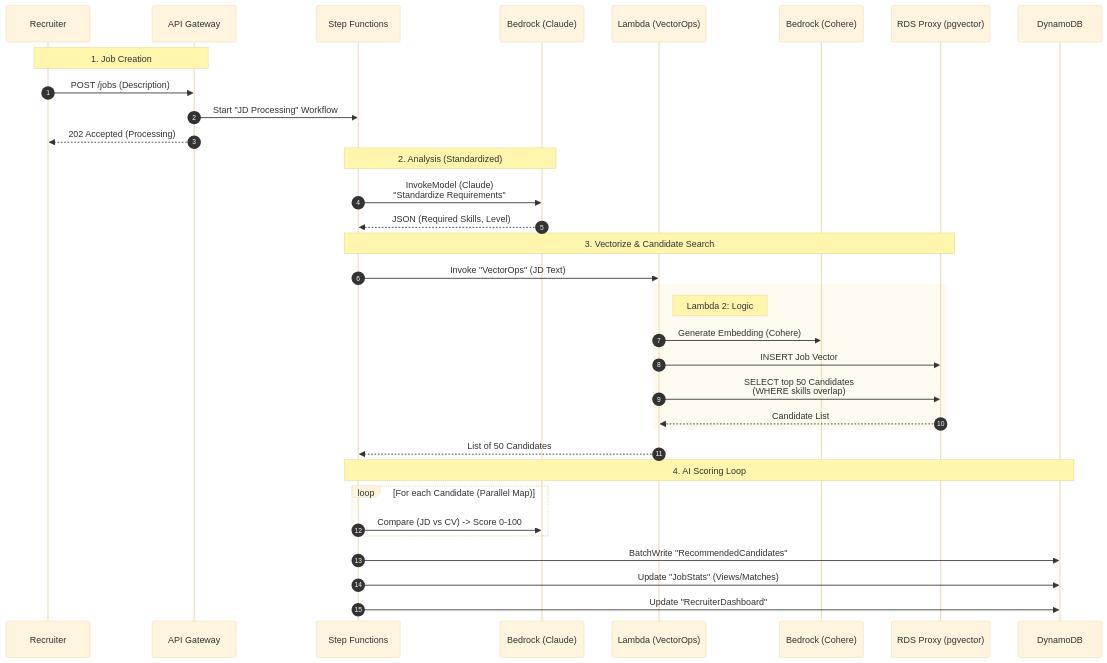
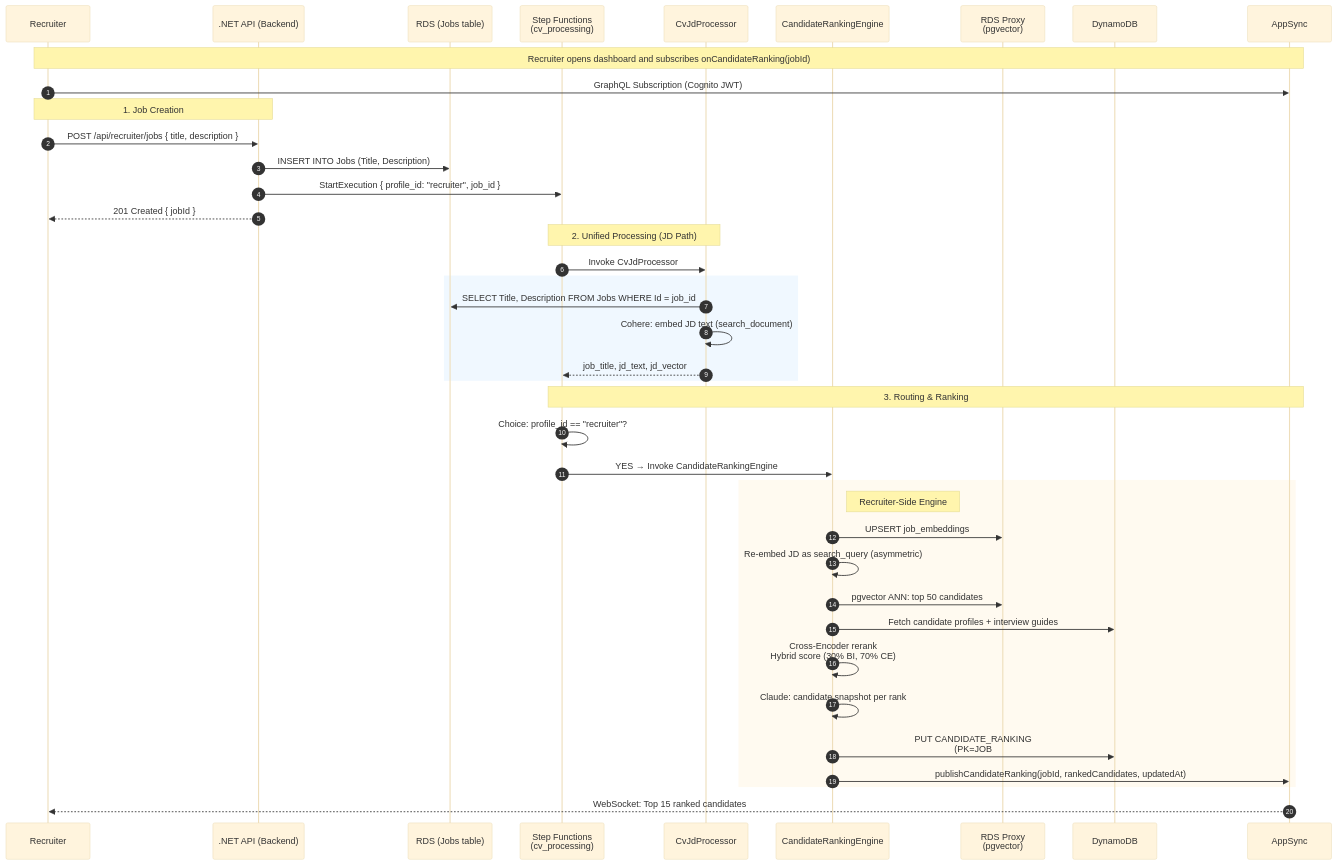
Before and after one commit to justeg4n/SmartHire_AI_Core: the second of 5 diagrams in architecture-smart-matching.md, drawn with Mermaid (base theme). The commit also changed other lines of this file and 7 other files, not shown here.

Commit message:
Update architecture notes, diagrams and README; ignore datasets and secrets

````diff
--- a/architecture-smart-matching.md
+++ b/architecture-smart-matching.md
@@ -69,42 +98,48 @@
 ```mermaid
 sequenceDiagram
     autonumber
     participant R as Recruiter
-    participant API as API Gateway
-    participant SF as Step Functions
-    participant SV_AI as Bedrock (Claude)
-    participant L2 as Lambda (VectorOps)
-    participant SV_Embed as Bedrock (Cohere)
-    participant RDS as RDS Proxy (pgvector)
+    participant NET as .NET API (Backend)
+    participant RDS_META as RDS (Jobs table)
+    participant SF as Step Functions<br/>(cv_processing)
+    participant PROC as CvJdProcessor
+    participant CR as CandidateRankingEngine
+    participant RDS as RDS Proxy<br/>(pgvector)
     participant DDB as DynamoDB
+    participant APP as AppSync
 
-    Note over R, API: 1. Job Creation
-    R->>API: POST /jobs (Description)
-    API->>SF: Start "JD Processing" Workflow
-    API-->>R: 202 Accepted (Processing)
+    Note over R, APP: Recruiter opens dashboard and subscribes onCandidateRanking(jobId)
+    R->>APP: GraphQL Subscription (Cognito JWT)
 
-    Note over SF, SV_AI: 2. Analysis (Standardized)
-    SF->>SV_AI: InvokeModel (Claude) <br/>"Standardize Requirements"
-    SV_AI-->>SF: JSON (Required Skills, Level)
+    Note over R, NET: 1. Job Creation
+    R->>NET: POST /api/recruiter/jobs { title, description }
+    NET->>RDS_META: INSERT INTO Jobs (Title, Description)
+    NET->>SF: StartExecution { profile_id: "recruiter", job_id }
+    NET-->>R: 201 Created { jobId }
 
-    Note over SF, RDS: 3. Vectorize & Candidate Search
-    SF->>L2: Invoke "VectorOps" (JD Text)
+    Note over SF, PROC: 2. Unified Processing (JD Path)
+    SF->>PROC: Invoke CvJdProcessor
+    rect rgb(240, 248, 255)
+        PROC->>RDS_META: SELECT Title, Description FROM Jobs WHERE Id = job_id
+        PROC->>PROC: Cohere: embed JD text (search_document)
+        PROC-->>SF: job_title, jd_text, jd_vector
+    end
+
+    Note over SF, APP: 3. Routing & Ranking
+    SF->>SF: Choice: profile_id == "recruiter"?
+    SF->>CR: YES → Invoke CandidateRankingEngine
 
     rect rgb(255, 250, 240)
-        Note right of L2: Lambda 2: Logic
-        L2->>SV_Embed: Generate Embedding (Cohere)
-        L2->>RDS: INSERT Job Vector
-        L2->>RDS: SELECT top 50 Candidates <br/>(WHERE skills overlap)
-        RDS-->>L2: Candidate List
-    end
-    L2-->>SF: List of 50 Candidates
-
-    Note over SF, DDB: 4. AI Scoring Loop
-    loop For each Candidate (Parallel Map)
-        SF->>SV_AI: Compare (JD vs CV) -> Score 0-100
+        Note right of CR: Recruiter-Side Engine
+        CR->>RDS: UPSERT job_embeddings
+        CR->>CR: Re-embed JD as search_query (asymmetric)
+        CR->>RDS: pgvector ANN: top 50 candidates
+        CR->>DDB: Fetch candidate profiles + interview guides
+        CR->>CR: Cross-Encoder rerank<br/>Hybrid score (30% BI, 70% CE)
+        CR->>CR: Claude: candidate snapshot per rank
+        CR->>DDB: PUT CANDIDATE_RANKING<br/>(PK=JOB#{job_id})
+        CR->>APP: publishCandidateRanking(jobId, rankedCandidates, updatedAt)
     end
 
-    SF->>DDB: BatchWrite "RecommendedCandidates"
-    SF->>DDB: Update "JobStats" (Views/Matches)
-    SF->>DDB: Update "RecruiterDashboard"
+    APP-->>R: WebSocket: Top 15 ranked candidates
 ```
````
